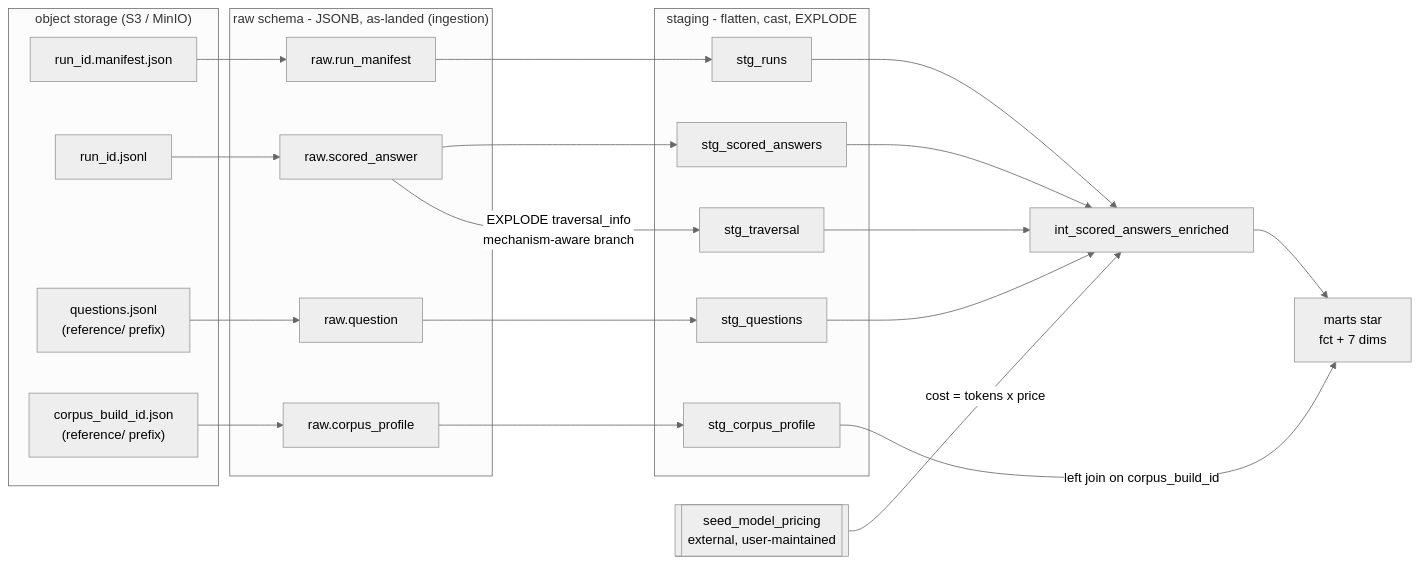
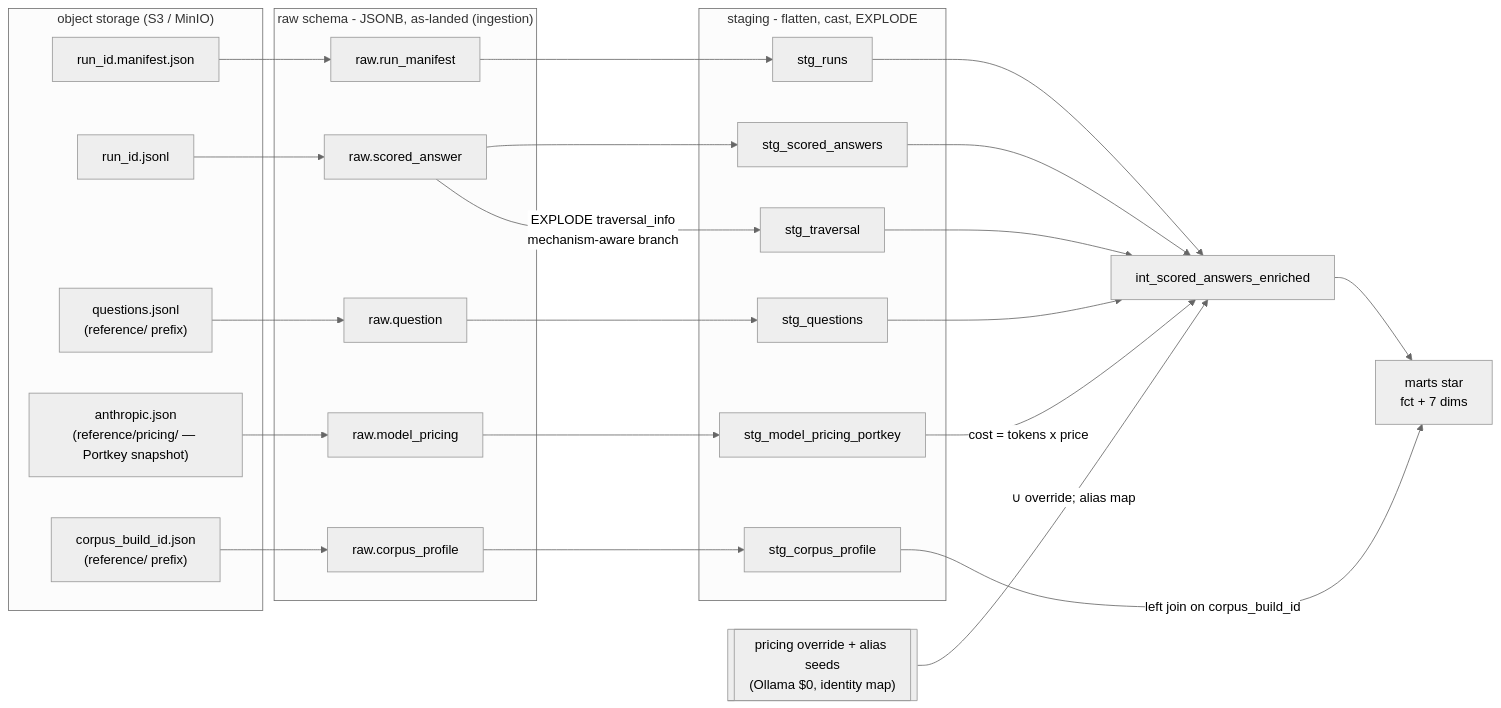
The fourth of 4 diagrams in README.md (joseph-higaki/rag-bench-analytics), drawn with Mermaid (neutral theme) before and after one commit. The commit also changed other lines of this file and 21 other files, not shown here.

First line of the commit message:
pricing: make Portkey the sole source; couple fetch into the DAG (soft-fail) (#6)

````diff
--- a/README.md
+++ b/README.md
@@ -392,48 +395,54 @@
 ```mermaid
 flowchart LR
     subgraph S3["object storage (S3 / MinIO)"]
         f1["run_id.manifest.json"]
         f2["run_id.jsonl"]
         f3["questions.jsonl<br/>(reference/ prefix)"]
         f4["corpus_build_id.json<br/>(reference/ prefix)"]
+        f5["anthropic.json<br/>(reference/pricing/ — Portkey snapshot)"]
     end
 
     subgraph RAW["raw schema - JSONB, as-landed (ingestion)"]
         r1[raw.run_manifest]
         r2[raw.scored_answer]
         r3[raw.question]
         r4[raw.corpus_profile]
+        r5[raw.model_pricing]
     end
 
     subgraph STG["staging - flatten, cast, EXPLODE"]
         s1[stg_runs]
         s2[stg_scored_answers]
         s3[stg_traversal]
         s4[stg_questions]
         s5[stg_corpus_profile]
+        s6[stg_model_pricing_portkey]
     end
 
-    SEED[["seed_model_pricing<br/>external, user-maintained"]]
+    OVR[["pricing override + alias seeds<br/>(Ollama $0, identity map)"]]
     INT[int_scored_answers_enriched]
     M["marts star<br/>fct + 7 dims"]
 
     f1 --> r1
     f2 --> r2
     f3 --> r3
     f4 --> r4
+    f5 --> r5
 
     r1 --> s1
     r2 --> s2
     r2 -->|"EXPLODE traversal_info<br/>mechanism-aware branch"| s3
     r3 --> s4
     r4 --> s5
+    r5 --> s6
 
     s1 --> INT
     s2 --> INT
     s3 --> INT
     s4 --> INT
-    SEED -->|"cost = tokens x price"| INT
+    s6 -->|"cost = tokens x price"| INT
+    OVR -->|"∪ override; alias map"| INT
 
     INT --> M
     s5 -->|"left join on corpus_build_id"| M
 ```
````
